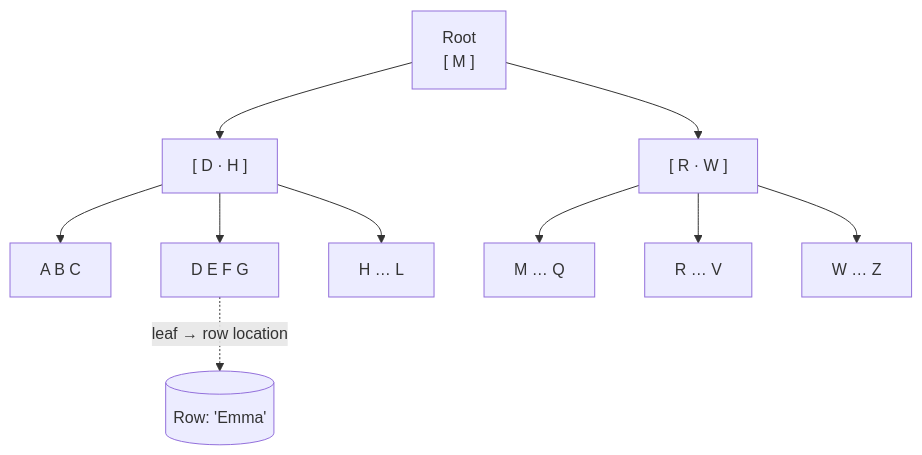
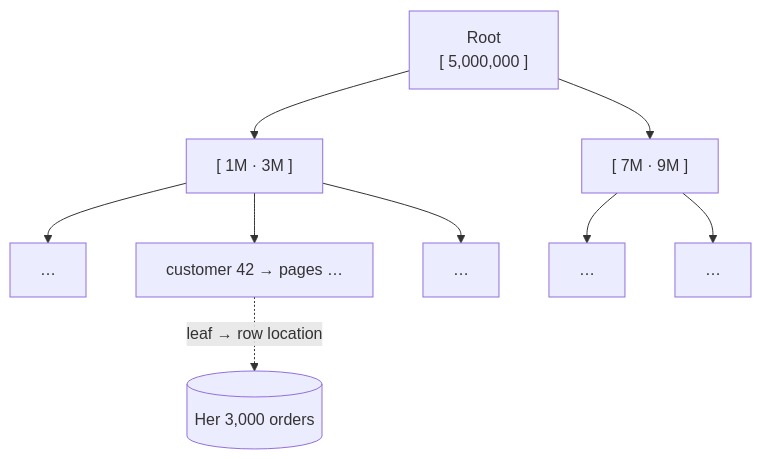
The diagram in phases/05-databases/037-indexes.md (winnyboy5/System-Design-from-Atoms), drawn with Mermaid before and after one commit. The commit also changed other lines of this file and 11 other files, not shown here.

````diff
--- a/phases/05-databases/037-indexes.md
+++ b/phases/05-databases/037-indexes.md
@@ -28,12 +40,11 @@
 ```mermaid
 flowchart TD
-    R["Root<br/>[ M ]"] --> A["[ D · H ]"]
-    R --> B["[ R · W ]"]
-    A --> L1["A B C"]
-    A --> L2["D E F G"]
-    A --> L3["H … L"]
-    B --> L4["M … Q"]
-    B --> L5["R … V"]
-    B --> L6["W … Z"]
-    L2 -.->|"leaf → row location"| ROW[("Row: 'Emma'")]
+    R["Root<br/>[ 5,000,000 ]"] --> A["[ 1M · 3M ]"]
+    R --> B["[ 7M · 9M ]"]
+    A --> L1["…"]
+    A --> L2["customer 42 → pages …"]
+    A --> L3["…"]
+    B --> L4["…"]
+    B --> L5["…"]
+    L2 -.->|"leaf → row location"| ROW[("Her 3,000 orders")]
 ```
````
